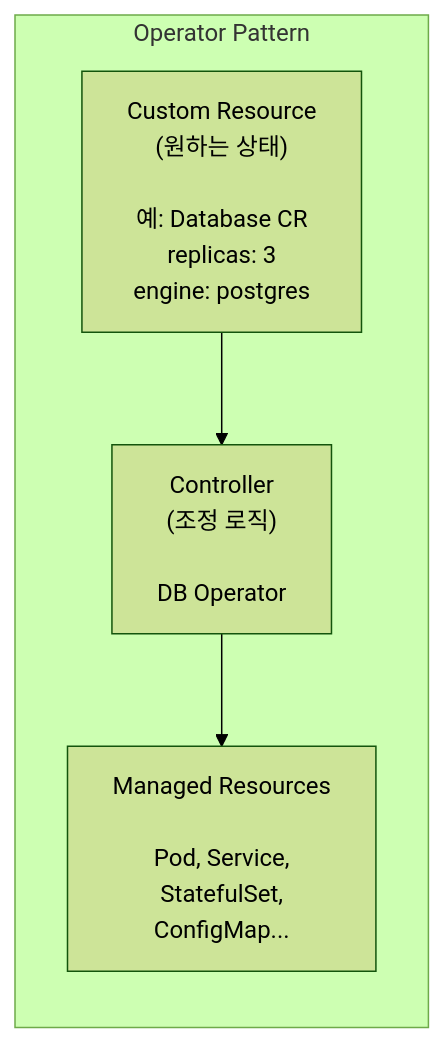
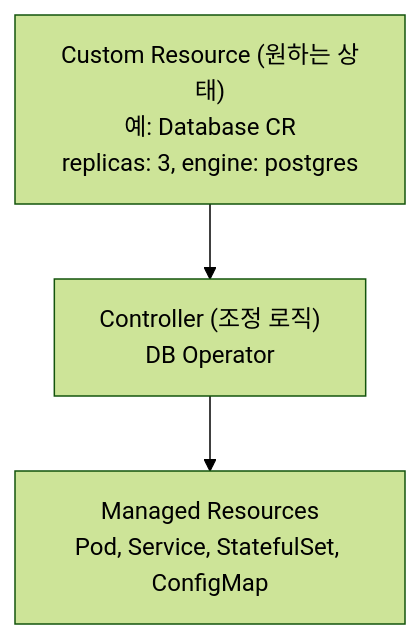
One commit to K-Diger/k-diger.github.io changed the first of 2 diagrams in _posts/2026-01-15-kubernetes-25-crd-operator.md. Above: the diagram before and after it, drawn with Mermaid (forest theme). The commit also changed other lines of this file and 13 other files, not shown here.

````diff
--- a/_posts/2026-01-15-kubernetes-25-crd-operator.md
+++ b/_posts/2026-01-15-kubernetes-25-crd-operator.md
@@ -174,10 +174,8 @@
 ```mermaid
-flowchart LR
-    subgraph operator["Operator Pattern"]
-        cr["Custom Resource<br/>(원하는 상태)<br/><br/>예: Database CR<br/>replicas: 3<br/>engine: postgres"]
-        ctrl["Controller<br/>(조정 로직)<br/><br/>DB Operator"]
-        managed["Managed Resources<br/><br/>Pod, Service,<br/>StatefulSet,<br/>ConfigMap..."]
+flowchart TB
+    cr["Custom Resource (원하는 상태)<br/>예: Database CR<br/>replicas: 3, engine: postgres"]
+    ctrl["Controller (조정 로직)<br/>DB Operator"]
+    managed["Managed Resources<br/>Pod, Service, StatefulSet, ConfigMap"]
 
-        cr --> ctrl --> managed
-    end
+    cr --> ctrl --> managed
 ```
````
